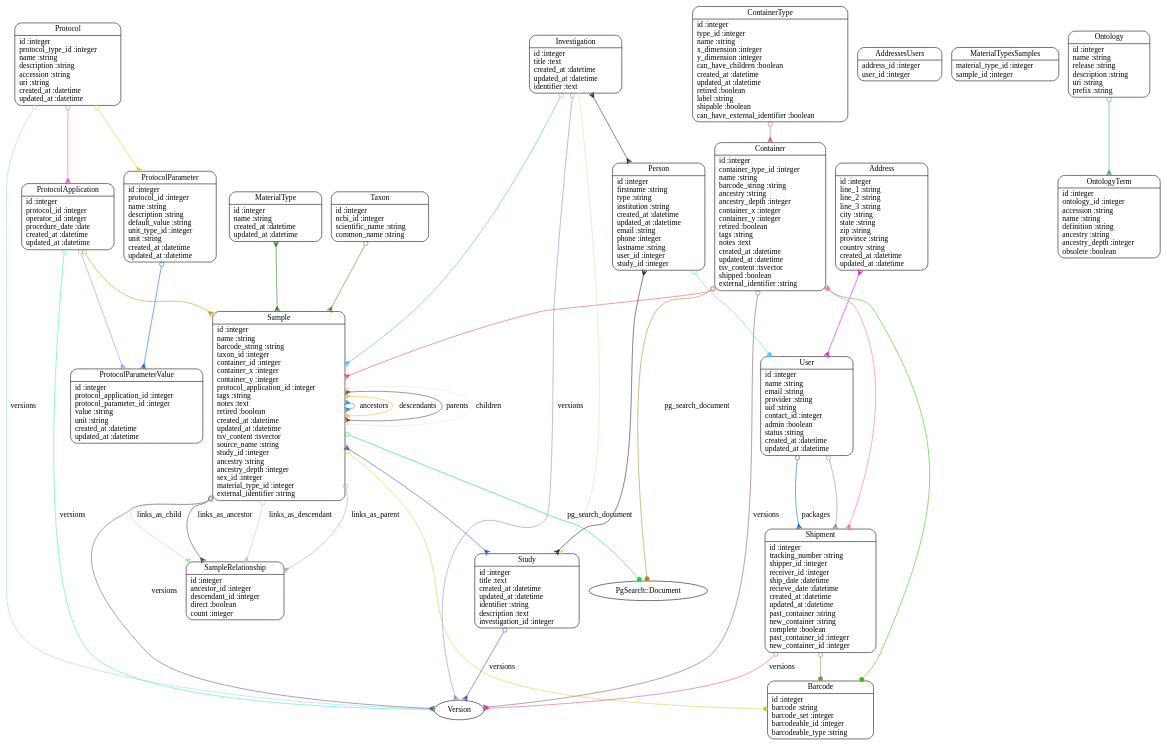
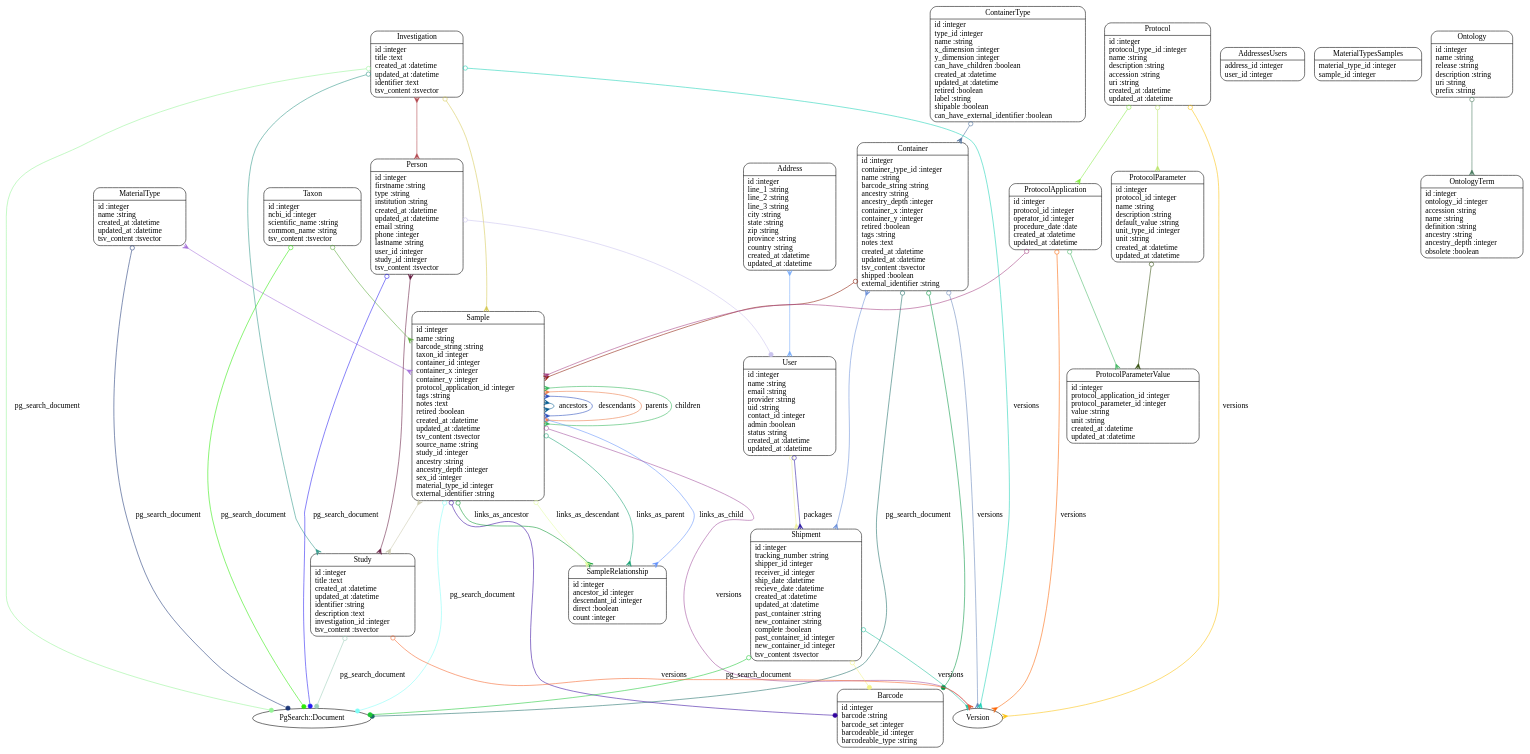
Before and after one commit to dimitras/collos: the diagram in models.dot, drawn with Graphviz. The commit also changed 11 other files, not shown here.

Commit message:
Fixed container view for contained child containers and samples. Fixed bug on samples edit multiple for retiring, and stopped the auto-creation of dummy samples. Edited index and search views. Added investigation form to be able to define studies (bug that auto-assigns studies is pending).

```diff
--- a/models.dot
+++ b/models.dot
@@ -5,60 +5,66 @@
 	"Barcode" [shape=Mrecord, label="{Barcode|id :integer\lbarcode :string\lbarcode_set :integer\lbarcodeable_id :integer\lbarcodeable_type :string\l}"]
 	"Container" [shape=Mrecord, label="{Container|id :integer\lcontainer_type_id :integer\lname :string\lbarcode_string :string\lancestry :string\lancestry_depth :integer\lcontainer_x :integer\lcontainer_y :integer\lretired :boolean\ltags :string\lnotes :text\lcreated_at :datetime\lupdated_at :datetime\ltsv_content :tsvector\lshipped :boolean\lexternal_identifier :string\l}"]
 	"ContainerType" [shape=Mrecord, label="{ContainerType|id :integer\ltype_id :integer\lname :string\lx_dimension :integer\ly_dimension :integer\lcan_have_children :boolean\lcreated_at :datetime\lupdated_at :datetime\lretired :boolean\llabel :string\lshipable :boolean\lcan_have_external_identifier :boolean\l}"]
-	"Investigation" [shape=Mrecord, label="{Investigation|id :integer\ltitle :text\lcreated_at :datetime\lupdated_at :datetime\lidentifier :text\l}"]
-	"MaterialType" [shape=Mrecord, label="{MaterialType|id :integer\lname :string\lcreated_at :datetime\lupdated_at :datetime\l}"]
+	"Investigation" [shape=Mrecord, label="{Investigation|id :integer\ltitle :text\lcreated_at :datetime\lupdated_at :datetime\lidentifier :text\ltsv_content :tsvector\l}"]
+	"MaterialType" [shape=Mrecord, label="{MaterialType|id :integer\lname :string\lcreated_at :datetime\lupdated_at :datetime\ltsv_content :tsvector\l}"]
 	"MaterialTypesSamples" [shape=Mrecord, label="{MaterialTypesSamples|material_type_id :integer\lsample_id :integer\l}"]
 	"Ontology" [shape=Mrecord, label="{Ontology|id :integer\lname :string\lrelease :string\ldescription :string\luri :string\lprefix :string\l}"]
 	"OntologyTerm" [shape=Mrecord, label="{OntologyTerm|id :integer\lontology_id :integer\laccession :string\lname :string\ldefinition :string\lancestry :string\lancestry_depth :integer\lobsolete :boolean\l}"]
-	"Person" [shape=Mrecord, label="{Person|id :integer\lfirstname :string\ltype :string\linstitution :string\lcreated_at :datetime\lupdated_at :datetime\lemail :string\lphone :integer\llastname :string\luser_id :integer\lstudy_id :integer\l}"]
+	"Person" [shape=Mrecord, label="{Person|id :integer\lfirstname :string\ltype :string\linstitution :string\lcreated_at :datetime\lupdated_at :datetime\lemail :string\lphone :integer\llastname :string\luser_id :integer\lstudy_id :integer\ltsv_content :tsvector\l}"]
 	"Protocol" [shape=Mrecord, label="{Protocol|id :integer\lprotocol_type_id :integer\lname :string\ldescription :string\laccession :string\luri :string\lcreated_at :datetime\lupdated_at :datetime\l}"]
 	"ProtocolApplication" [shape=Mrecord, label="{ProtocolApplication|id :integer\lprotocol_id :integer\loperator_id :integer\lprocedure_date :date\lcreated_at :datetime\lupdated_at :datetime\l}"]
 	"ProtocolParameter" [shape=Mrecord, label="{ProtocolParameter|id :integer\lprotocol_id :integer\lname :string\ldescription :string\ldefault_value :string\lunit_type_id :integer\lunit :string\lcreated_at :datetime\lupdated_at :datetime\l}"]
 	"ProtocolParameterValue" [shape=Mrecord, label="{ProtocolParameterValue|id :integer\lprotocol_application_id :integer\lprotocol_parameter_id :integer\lvalue :string\lunit :string\lcreated_at :datetime\lupdated_at :datetime\l}"]
 	"Sample" [shape=Mrecord, label="{Sample|id :integer\lname :string\lbarcode_string :string\ltaxon_id :integer\lcontainer_id :integer\lcontainer_x :integer\lcontainer_y :integer\lprotocol_application_id :integer\ltags :string\lnotes :text\lretired :boolean\lcreated_at :datetime\lupdated_at :datetime\ltsv_content :tsvector\lsource_name :string\lstudy_id :integer\lancestry :string\lancestry_depth :integer\lsex_id :integer\lmaterial_type_id :integer\lexternal_identifier :string\l}"]
 	"SampleRelationship" [shape=Mrecord, label="{SampleRelationship|id :integer\lancestor_id :integer\ldescendant_id :integer\ldirect :boolean\lcount :integer\l}"]
-	"Shipment" [shape=Mrecord, label="{Shipment|id :integer\ltracking_number :string\lshipper_id :integer\lreceiver_id :integer\lship_date :datetime\lrecieve_date :datetime\lcreated_at :datetime\lupdated_at :datetime\lpast_container :string\lnew_container :string\lcomplete :boolean\lpast_container_id :integer\lnew_container_id :integer\l}"]
-	"Study" [shape=Mrecord, label="{Study|id :integer\ltitle :text\lcreated_at :datetime\lupdated_at :datetime\lidentifier :string\ldescription :text\linvestigation_id :integer\l}"]
-	"Taxon" [shape=Mrecord, label="{Taxon|id :integer\lncbi_id :integer\lscientific_name :string\lcommon_name :string\l}"]
+	"Shipment" [shape=Mrecord, label="{Shipment|id :integer\ltracking_number :string\lshipper_id :integer\lreceiver_id :integer\lship_date :datetime\lrecieve_date :datetime\lcreated_at :datetime\lupdated_at :datetime\lpast_container :string\lnew_container :string\lcomplete :boolean\lpast_container_id :integer\lnew_container_id :integer\ltsv_content :tsvector\l}"]
+	"Study" [shape=Mrecord, label="{Study|id :integer\ltitle :text\lcreated_at :datetime\lupdated_at :datetime\lidentifier :string\ldescription :text\linvestigation_id :integer\ltsv_content :tsvector\l}"]
+	"Taxon" [shape=Mrecord, label="{Taxon|id :integer\lncbi_id :integer\lscientific_name :string\lcommon_name :string\ltsv_content :tsvector\l}"]
 	"User" [shape=Mrecord, label="{User|id :integer\lname :string\lemail :string\lprovider :string\luid :string\lcontact_id :integer\ladmin :boolean\lstatus :string\lcreated_at :datetime\lupdated_at :datetime\l}"]
-	"Address" -> "User" [arrowtail=crow, arrowhead=crow, dir=both color="#E804E8"]
-	"Container" -> "Sample" [arrowtail=odot, arrowhead=crow, dir=both color="#E53E7E"]
-	"Container" -> "Barcode" [arrowtail=odot, arrowhead=dot, dir=both color="#3ABC0B"]
-	"Container" -> "Shipment" [arrowtail=crow, arrowhead=crow, dir=both color="#F75CBB"]
-	"Container" -> "PgSearch::Document" [label="pg_search_document", arrowtail=odot, arrowhead=dot, dir=both color="#A4881F"]
-	"Container" -> "Version" [label="versions", arrowtail=odot, arrowhead=crow, dir=both color="#864F5C"]
-	"ContainerType" -> "Container" [arrowtail=odot, arrowhead=crow, dir=both color="#C0588D"]
-	"Investigation" -> "Study" [arrowtail=odot, arrowhead=crow, dir=both color="#C4EBA3"]
-	"Investigation" -> "Sample" [arrowtail=odot, arrowhead=crow, dir=both color="#41AEF8"]
-	"Investigation" -> "Person" [arrowtail=crow, arrowhead=crow, dir=both color="#182643"]
-	"Investigation" -> "Version" [label="versions", arrowtail=odot, arrowhead=crow, dir=both color="#8487C6"]
-	"MaterialType" -> "Sample" [arrowtail=crow, arrowhead=crow, dir=both color="#1C7908"]
-	"Ontology" -> "OntologyTerm" [arrowtail=odot, arrowhead=crow, dir=both color="#359D78"]
-	"Person" -> "Study" [arrowtail=crow, arrowhead=crow, dir=both color="#301542"]
-	"Person" -> "User" [arrowtail=odot, arrowhead=dot, dir=both color="#48D1EF"]
-	"Protocol" -> "ProtocolApplication" [arrowtail=odot, arrowhead=crow, dir=both color="#F53BEC"]
-	"Protocol" -> "ProtocolParameter" [arrowtail=odot, arrowhead=crow, dir=both color="#EACA15"]
-	"Protocol" -> "Version" [label="versions", arrowtail=odot, arrowhead=crow, dir=both color="#99CEF3"]
-	"ProtocolApplication" -> "Sample" [arrowtail=odot, arrowhead=crow, dir=both color="#C19114"]
-	"ProtocolApplication" -> "ProtocolParameterValue" [arrowtail=odot, arrowhead=crow, dir=both color="#918DFD"]
-	"ProtocolApplication" -> "Version" [label="versions", arrowtail=odot, arrowhead=crow, dir=both color="#39EFB1"]
-	"ProtocolParameter" -> "ProtocolParameterValue" [arrowtail=odot, arrowhead=crow, dir=both color="#105CF2"]
-	"Sample" -> "Barcode" [arrowtail=odot, arrowhead=dot, dir=both color="#D0CF38"]
-	"Sample" -> "Study" [arrowtail=crow, arrowhead=crow, dir=both color="#2753CD"]
-	"Sample" -> "SampleRelationship" [label="links_as_ancestor", arrowtail=odot, arrowhead=crow, dir=both color="#423395"]
-	"Sample" -> "SampleRelationship" [label="links_as_descendant", arrowtail=odot, arrowhead=crow, dir=both color="#C3BEEF"]
-	"Sample" -> "Sample" [label="ancestors", arrowtail=crow, arrowhead=crow, dir=both color="#228CBE"]
-	"Sample" -> "Sample" [label="descendants", arrowtail=crow, arrowhead=crow, dir=both color="#F9B436"]
-	"Sample" -> "SampleRelationship" [label="links_as_parent", arrowtail=odot, arrowhead=crow, dir=both color="#AAA2C6"]
-	"Sample" -> "SampleRelationship" [label="links_as_child", arrowtail=odot, arrowhead=crow, dir=both color="#8CEE8C"]
-	"Sample" -> "Sample" [label="parents", arrowtail=crow, arrowhead=crow, dir=both color="#5E403B"]
-	"Sample" -> "Sample" [label="children", arrowtail=crow, arrowhead=crow, dir=both color="#EBE6D2"]
-	"Sample" -> "PgSearch::Document" [label="pg_search_document", arrowtail=odot, arrowhead=dot, dir=both color="#03E04D"]
-	"Sample" -> "Version" [label="versions", arrowtail=odot, arrowhead=crow, dir=both color="#654F85"]
-	"Shipment" -> "Barcode" [arrowtail=odot, arrowhead=dot, dir=both color="#908D4B"]
-	"Shipment" -> "Version" [label="versions", arrowtail=odot, arrowhead=crow, dir=both color="#CE4B99"]
-	"Study" -> "Version" [label="versions", arrowtail=odot, arrowhead=crow, dir=both color="#682CCE"]
-	"Taxon" -> "Sample" [arrowtail=odot, arrowhead=crow, dir=both color="#5A7E08"]
-	"User" -> "Shipment" [arrowtail=odot, arrowhead=crow, dir=both color="#848AB5"]
-	"User" -> "Shipment" [label="packages", arrowtail=odot, arrowhead=crow, dir=both color="#0565C5"]
+	"Address" -> "User" [arrowtail=crow, arrowhead=crow, dir=both color="#76ACFB"]
+	"Container" -> "Sample" [arrowtail=odot, arrowhead=crow, dir=both color="#8A1500"]
+	"Container" -> "Barcode" [arrowtail=odot, arrowhead=dot, dir=both color="#01953F"]
+	"Container" -> "Shipment" [arrowtail=crow, arrowhead=crow, dir=both color="#698ED8"]
+	"Container" -> "PgSearch::Document" [label="pg_search_document", arrowtail=odot, arrowhead=dot, dir=both color="#1B6B66"]
+	"Container" -> "Version" [label="versions", arrowtail=odot, arrowhead=crow, dir=both color="#6483B9"]
+	"ContainerType" -> "Container" [arrowtail=odot, arrowhead=crow, dir=both color="#496E9C"]
+	"Investigation" -> "Study" [arrowtail=odot, arrowhead=crow, dir=both color="#2B9485"]
+	"Investigation" -> "Sample" [arrowtail=odot, arrowhead=crow, dir=both color="#D5C852"]
+	"Investigation" -> "Person" [arrowtail=crow, arrowhead=crow, dir=both color="#B2434B"]
+	"Investigation" -> "PgSearch::Document" [label="pg_search_document", arrowtail=odot, arrowhead=dot, dir=both color="#95F496"]
+	"Investigation" -> "Version" [label="versions", arrowtail=odot, arrowhead=crow, dir=both color="#19D1B5"]
+	"MaterialType" -> "Sample" [arrowtail=crow, arrowhead=crow, dir=both color="#A470DA"]
+	"MaterialType" -> "PgSearch::Document" [label="pg_search_document", arrowtail=odot, arrowhead=dot, dir=both color="#1C3777"]
+	"Ontology" -> "OntologyTerm" [arrowtail=odot, arrowhead=crow, dir=both color="#427558"]
+	"Person" -> "Study" [arrowtail=crow, arrowhead=crow, dir=both color="#63173E"]
+	"Person" -> "User" [arrowtail=odot, arrowhead=dot, dir=both color="#C9C3EE"]
+	"Person" -> "PgSearch::Document" [label="pg_search_document", arrowtail=odot, arrowhead=dot, dir=both color="#261CF3"]
+	"Protocol" -> "ProtocolApplication" [arrowtail=odot, arrowhead=crow, dir=both color="#83EA41"]
+	"Protocol" -> "ProtocolParameter" [arrowtail=odot, arrowhead=crow, dir=both color="#BDE56D"]
+	"Protocol" -> "Version" [label="versions", arrowtail=odot, arrowhead=crow, dir=both color="#FCC109"]
+	"ProtocolApplication" -> "Sample" [arrowtail=odot, arrowhead=crow, dir=both color="#A33C80"]
+	"ProtocolApplication" -> "ProtocolParameterValue" [arrowtail=odot, arrowhead=crow, dir=both color="#45B864"]
+	"ProtocolApplication" -> "Version" [label="versions", arrowtail=odot, arrowhead=crow, dir=both color="#FB6200"]
+	"ProtocolParameter" -> "ProtocolParameterValue" [arrowtail=odot, arrowhead=crow, dir=both color="#324E0C"]
+	"Sample" -> "Barcode" [arrowtail=odot, arrowhead=dot, dir=both color="#33059E"]
+	"Sample" -> "Study" [arrowtail=crow, arrowhead=crow, dir=both color="#CAC7AD"]
+	"Sample" -> "SampleRelationship" [label="links_as_ancestor", arrowtail=odot, arrowhead=crow, dir=both color="#06962E"]
+	"Sample" -> "SampleRelationship" [label="links_as_descendant", arrowtail=odot, arrowhead=crow, dir=both color="#E1FD9D"]
+	"Sample" -> "Sample" [label="ancestors", arrowtail=crow, arrowhead=crow, dir=both color="#01598E"]
+	"Sample" -> "Sample" [label="descendants", arrowtail=crow, arrowhead=crow, dir=both color="#2448BB"]
+	"Sample" -> "SampleRelationship" [label="links_as_parent", arrowtail=odot, arrowhead=crow, dir=both color="#17A172"]
+	"Sample" -> "SampleRelationship" [label="links_as_child", arrowtail=odot, arrowhead=crow, dir=both color="#6090FC"]
+	"Sample" -> "Sample" [label="parents", arrowtail=crow, arrowhead=crow, dir=both color="#EB7945"]
+	"Sample" -> "Sample" [label="children", arrowtail=crow, arrowhead=crow, dir=both color="#2FB657"]
+	"Sample" -> "PgSearch::Document" [label="pg_search_document", arrowtail=odot, arrowhead=dot, dir=both color="#81FEF7"]
+	"Sample" -> "Version" [label="versions", arrowtail=odot, arrowhead=crow, dir=both color="#9F4A9B"]
+	"Shipment" -> "Barcode" [arrowtail=odot, arrowhead=dot, dir=both color="#F3F286"]
+	"Shipment" -> "PgSearch::Document" [label="pg_search_document", arrowtail=odot, arrowhead=dot, dir=both color="#1DC734"]
+	"Shipment" -> "Version" [label="versions", arrowtail=odot, arrowhead=crow, dir=both color="#1DBF9A"]
+	"Study" -> "PgSearch::Document" [label="pg_search_document", arrowtail=odot, arrowhead=dot, dir=both color="#9BCDBA"]
+	"Study" -> "Version" [label="versions", arrowtail=odot, arrowhead=crow, dir=both color="#F66025"]
+	"Taxon" -> "Sample" [arrowtail=odot, arrowhead=crow, dir=both color="#57A936"]
+	"Taxon" -> "PgSearch::Document" [label="pg_search_document", arrowtail=odot, arrowhead=dot, dir=both color="#2CEB05"]
+	"User" -> "Shipment" [arrowtail=odot, arrowhead=crow, dir=both color="#EFF19C"]
+	"User" -> "Shipment" [label="packages", arrowtail=odot, arrowhead=crow, dir=both color="#2815A2"]
 }
```
